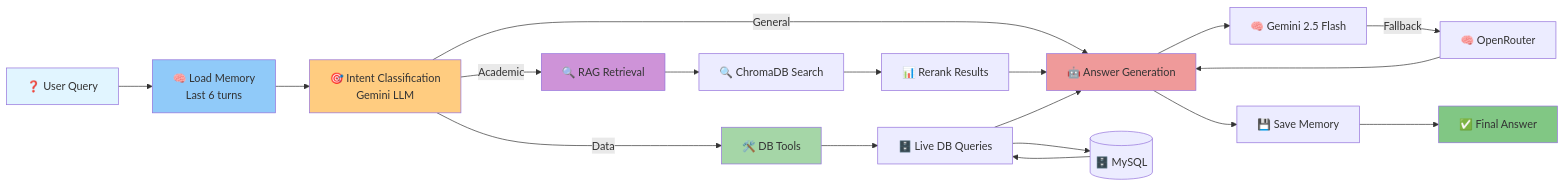
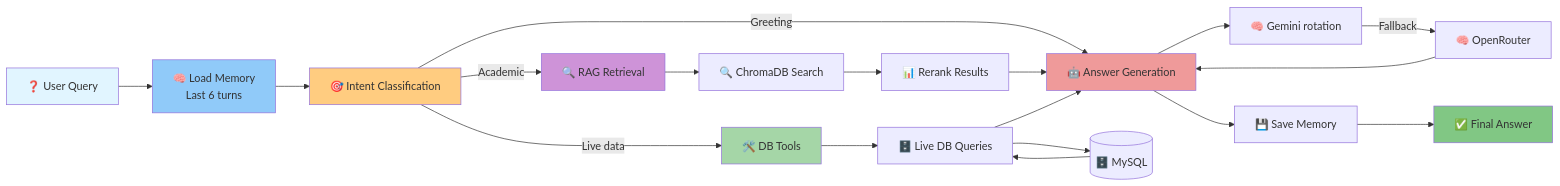
Before and after one commit to BHANUASATI/CampusGenie-AI: the second of 16 diagrams in README.md, drawn with Mermaid. The commit also changed other lines of this file, not shown here.

````diff
--- a/README.md
+++ b/README.md
@@ -227,33 +188,33 @@
 ```mermaid
 graph LR
     Query[❓ User Query] --> LoadMemory[🧠 Load Memory<br/>Last 6 turns]
-    LoadMemory --> IntentClassify[🎯 Intent Classification<br/>Gemini LLM]
-    
+    LoadMemory --> IntentClassify[🎯 Intent Classification]
+
     IntentClassify -->|Academic| RAGRetrieval[🔍 RAG Retrieval]
-    IntentClassify -->|Data| DBTools[🛠️ DB Tools]
-    IntentClassify -->|General| AnswerGen[🤖 Answer Generation]
-    
+    IntentClassify -->|Live data| DBTools[🛠️ DB Tools]
+    IntentClassify -->|Greeting| AnswerGen[🤖 Answer Generation]
+
     RAGRetrieval --> VectorSearch[🔍 ChromaDB Search]
     VectorSearch --> Rerank[📊 Rerank Results]
     Rerank --> AnswerGen
-    
+
     DBTools --> DBQueries[🗄️ Live DB Queries]
     DBQueries --> MySQL[(🗄️ MySQL)]
     MySQL --> DBQueries
     DBQueries --> AnswerGen
-    
-    AnswerGen --> Gemini[🧠 Gemini 2.5 Flash]
+
+    AnswerGen --> Gemini[🧠 Gemini rotation]
     Gemini -->|Fallback| OpenRouter[🧠 OpenRouter]
     OpenRouter --> AnswerGen
-    
+
     AnswerGen --> SaveMemory[💾 Save Memory]
     SaveMemory --> FinalAnswer[✅ Final Answer]
-    
+
     style Query fill:#e1f5ff
     style LoadMemory fill:#90caf9
     style IntentClassify fill:#ffcc80
     style RAGRetrieval fill:#ce93d8
     style DBTools fill:#a5d6a7
     style AnswerGen fill:#ef9a9a
     style FinalAnswer fill:#81c784
 ```
````
